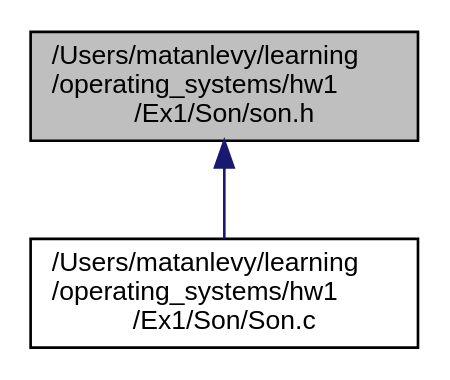
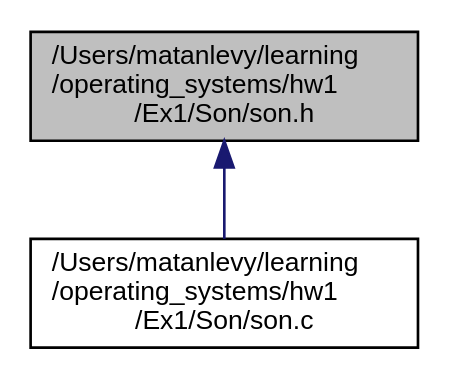
Before and after one commit to LevyMatan/ISP_ex1_doc: the diagram in son_8h__dep__incl.dot, drawn with Graphviz. The commit also changed 94 other files, not shown here.

```diff
--- a/son_8h__dep__incl.dot
+++ b/son_8h__dep__incl.dot
@@ -1,10 +1,10 @@
 digraph "/Users/matanlevy/learning/operating_systems/hw1/Ex1/Son/son.h"
 {
  // INTERACTIVE_SVG=YES
  // LATEX_PDF_SIZE
   edge [fontname="Helvetica",fontsize="10",labelfontname="Helvetica",labelfontsize="10"];
   node [fontname="Helvetica",fontsize="10",shape=record];
   Node1 [label="/Users/matanlevy/learning\l/operating_systems/hw1\l/Ex1/Son/son.h",height=0.2,width=0.4,color="black", fillcolor="grey75", style="filled", fontcolor="black",tooltip="Son header file."];
   Node1 -> Node2 [dir="back",color="midnightblue",fontsize="10",style="solid",fontname="Helvetica"];
-  Node2 [label="/Users/matanlevy/learning\l/operating_systems/hw1\l/Ex1/Son/Son.c",height=0.2,width=0.4,color="black", fillcolor="white", style="filled",URL="$_son_8c.html",tooltip="Son program will count the number of 'F' characters which represent fire in the forest...."];
+  Node2 [label="/Users/matanlevy/learning\l/operating_systems/hw1\l/Ex1/Son/son.c",height=0.2,width=0.4,color="black", fillcolor="white", style="filled",URL="$son_8c.html",tooltip=" "];
 }
```
